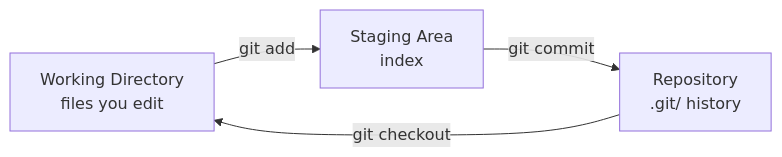
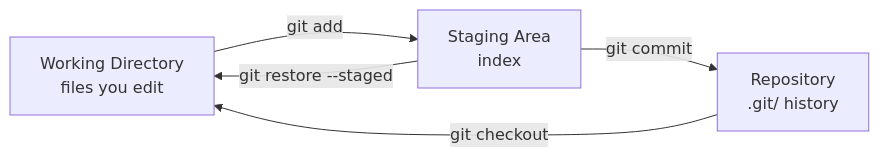
Before and after one commit to Meridex/CodingHandbook: the diagram in docs/student/09-commits.md, drawn with Mermaid. The commit also changed 31 other files, not shown here.

````diff
--- a/docs/student/09-commits.md
+++ b/docs/student/09-commits.md
@@ -25,6 +25,7 @@
 ```mermaid
 flowchart LR
     W[Working Directory\nfiles you edit] -->|git add| S[Staging Area\nindex]
     S -->|git commit| R[Repository\n.git/ history]
     R -->|git checkout| W
+    S -->|git restore --staged| W
 ```
````
